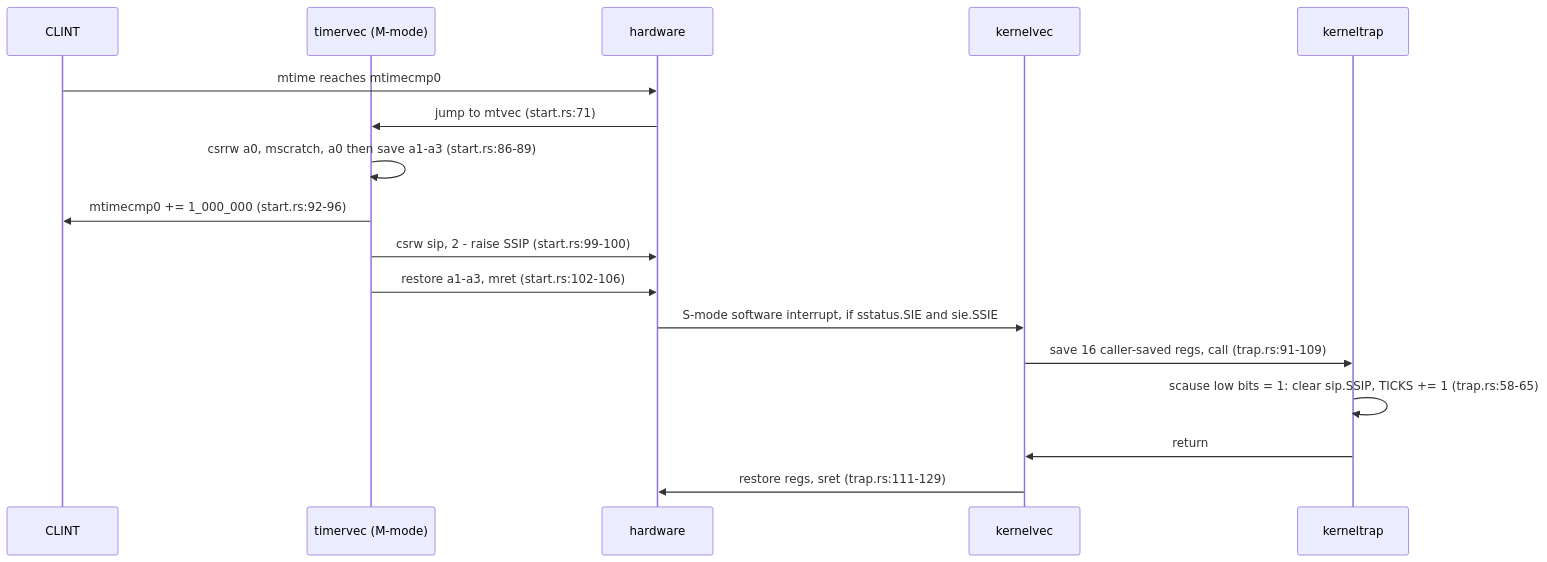
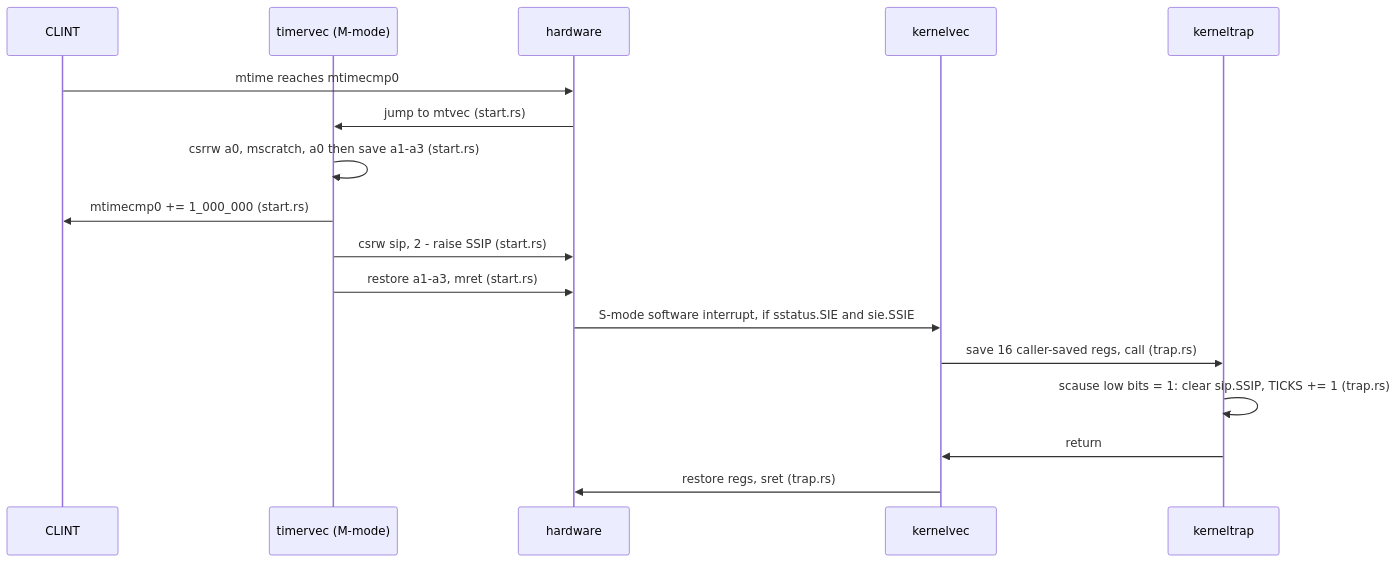
Before and after one commit to USF-CS326-F26/USF-CS326-F26.github.io: the second of 4 diagrams in docs/guides/rv6-architecture.md, drawn with Mermaid. The commit also changed other lines of this file and 66 other files, not shown here.

````diff
--- a/docs/guides/rv6-architecture.md
+++ b/docs/guides/rv6-architecture.md
@@ -360,19 +360,19 @@
 ```mermaid
 sequenceDiagram
     participant CLINT
     participant timervec as timervec (M-mode)
     participant HW as hardware
     participant kernelvec
     participant kerneltrap
     CLINT->>HW: mtime reaches mtimecmp0
-    HW->>timervec: jump to mtvec (start.rs:71)
-    timervec->>timervec: csrrw a0, mscratch, a0 then save a1-a3 (start.rs:86-89)
-    timervec->>CLINT: mtimecmp0 += 1_000_000 (start.rs:92-96)
-    timervec->>HW: csrw sip, 2 - raise SSIP (start.rs:99-100)
-    timervec->>HW: restore a1-a3, mret (start.rs:102-106)
+    HW->>timervec: jump to mtvec (start.rs)
+    timervec->>timervec: csrrw a0, mscratch, a0 then save a1-a3 (start.rs)
+    timervec->>CLINT: mtimecmp0 += 1_000_000 (start.rs)
+    timervec->>HW: csrw sip, 2 - raise SSIP (start.rs)
+    timervec->>HW: restore a1-a3, mret (start.rs)
     HW->>kernelvec: S-mode software interrupt, if sstatus.SIE and sie.SSIE
-    kernelvec->>kerneltrap: save 16 caller-saved regs, call (trap.rs:91-109)
-    kerneltrap->>kerneltrap: scause low bits = 1: clear sip.SSIP, TICKS += 1 (trap.rs:58-65)
+    kernelvec->>kerneltrap: save 16 caller-saved regs, call (trap.rs)
+    kerneltrap->>kerneltrap: scause low bits = 1: clear sip.SSIP, TICKS += 1 (trap.rs)
     kerneltrap->>kernelvec: return
-    kernelvec->>HW: restore regs, sret (trap.rs:111-129)
+    kernelvec->>HW: restore regs, sret (trap.rs)
 ```
````
